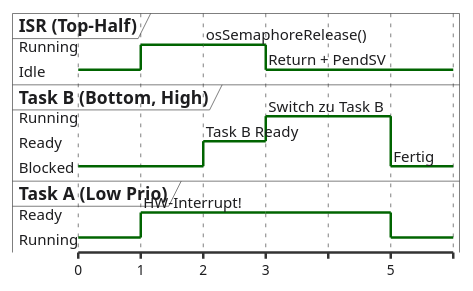
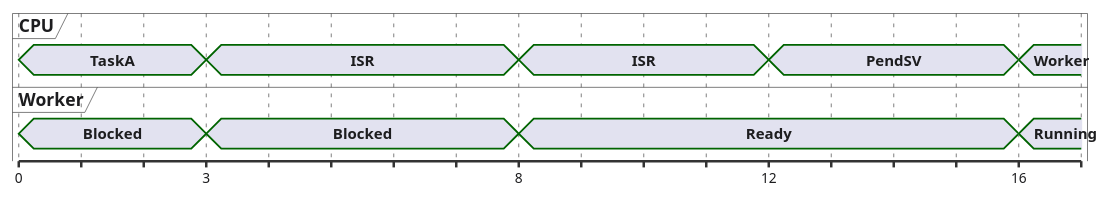
The third of 3 diagrams in vorlesungen/05_inter-task-kommunikation.qmd (dantschi/echtzeitsysteme), drawn with PlantUML before and after one commit. The commit also changed other lines of this file and 1 other file, not shown here.

````diff
--- a/vorlesungen/05_inter-task-kommunikation.qmd
+++ b/vorlesungen/05_inter-task-kommunikation.qmd
@@ -644,42 +643,30 @@
 ```{.plantuml}
 @startuml
 skinparam backgroundColor transparent
 skinparam defaultFontName "Inter, sans-serif"
 skinparam defaultFontColor #1D1D1F
 skinparam ArrowColor #86868B
-skinparam NoteBackgroundColor #F5F5F7
-skinparam NoteBorderColor #E5E5EA
 skinparam timing {
   BackgroundColor #FFFFFF
   BorderColor #E5E5EA
   LineColor #1D1D1F
   SignalColor #E2001A
 }
-
-robust "ISR (Top-Half)" as ISR
-robust "Task B (Bottom, High)" as TH
-robust "Task A (Low Prio)" as TL
-
+concise "CPU" as C
+concise "Worker" as W
 @0
-TL is Running
-TH is Blocked
-ISR is Idle
-
-@1
-TL is Ready : HW-Interrupt!
-ISR is Running
-
-@2
-ISR is Running : osSemaphoreRelease()
-TH is Ready : Task B Ready
-
+C is TaskA
+W is Blocked
 @3
-ISR is Idle : Return + PendSV
-TH is Running : Switch zu Task B
-TL is Ready
-
-@5
-TH is Blocked : Fertig
-TL is Running
+C is ISR
+W is Blocked
+@8
+C is ISR
+W is Ready
+@12
+C is PendSV
+@16
+C is Worker
+W is Running
 @enduml
 ```
````
